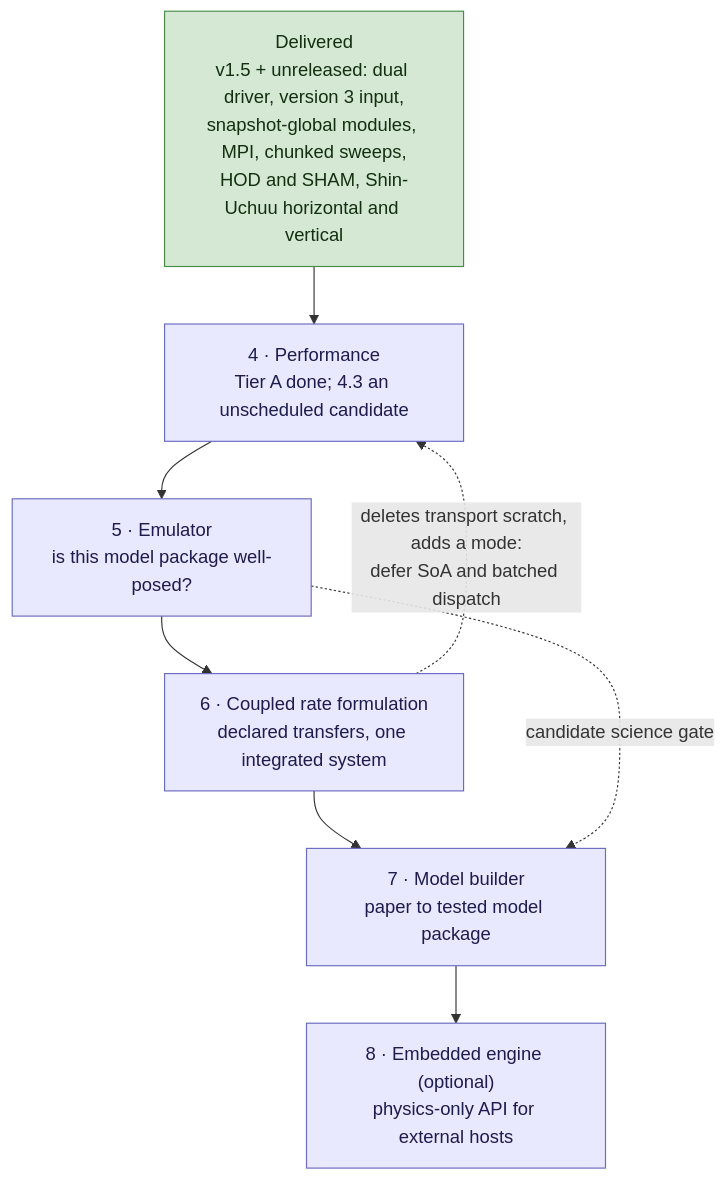
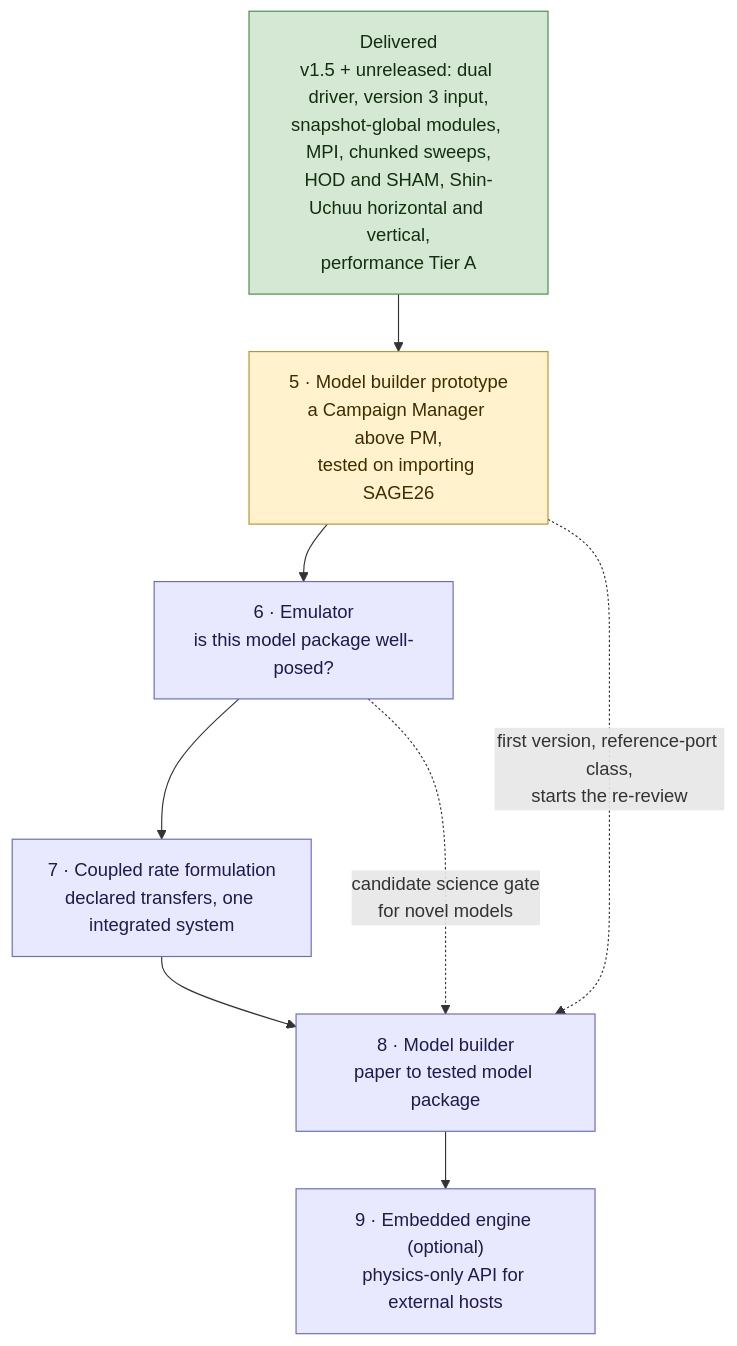
Before and after one commit to darrencroton/mimic: the diagram in docs/dev/MIMIC-DEVELOPMENT-PATHWAY.md, drawn with Mermaid. The commit also changed other lines of this file and 6 other files, not shown here.

````diff
--- a/docs/dev/MIMIC-DEVELOPMENT-PATHWAY.md
+++ b/docs/dev/MIMIC-DEVELOPMENT-PATHWAY.md
@@ -22,18 +22,20 @@
 ```mermaid
 flowchart TD
-    DONE["Delivered<br/>v1.5 + unreleased: dual driver, version 3 input,<br/>snapshot-global modules, MPI, chunked sweeps,<br/>HOD and SHAM, Shin-Uchuu horizontal and vertical"]
-    S4["4 · Performance<br/>Tier A done; 4.3 an unscheduled candidate"]
-    S5["5 · Emulator<br/>is this model package well-posed?"]
-    S6["6 · Coupled rate formulation<br/>declared transfers, one integrated system"]
-    S7["7 · Model builder<br/>paper to tested model package"]
-    S8["8 · Embedded engine (optional)<br/>physics-only API for external hosts"]
+    DONE["Delivered<br/>v1.5 + unreleased: dual driver, version 3 input,<br/>snapshot-global modules, MPI, chunked sweeps,<br/>HOD and SHAM, Shin-Uchuu horizontal and vertical,<br/>performance Tier A"]
+    S5["5 · Model builder prototype<br/>a Campaign Manager above PM,<br/>tested on importing SAGE26"]
+    S6["6 · Emulator<br/>is this model package well-posed?"]
+    S7["7 · Coupled rate formulation<br/>declared transfers, one integrated system"]
+    S8["8 · Model builder<br/>paper to tested model package"]
+    S9["9 · Embedded engine (optional)<br/>physics-only API for external hosts"]
 
-    DONE --> S4 --> S5 --> S6 --> S7 --> S8
-    S6 -.->|deletes transport scratch, adds a mode:<br/>defer SoA and batched dispatch| S4
-    S5 -.->|candidate science gate| S7
+    DONE --> S5 --> S6 --> S7 --> S8 --> S9
+    S5 -.->|first version, reference-port class,<br/>starts the re-review| S8
+    S6 -.->|candidate science gate<br/>for novel models| S8
 
     classDef done fill:#d5e8d4,stroke:#478c47,color:#12300f
+    classDef next fill:#fff2cc,stroke:#b8932e,color:#3d2e00
     classDef step fill:#e8e8ff,stroke:#6a6ac0,color:#1c1c4d
     class DONE done
-    class S4,S5,S6,S7,S8 step
+    class S5 next
+    class S6,S7,S8,S9 step
 ```
````
